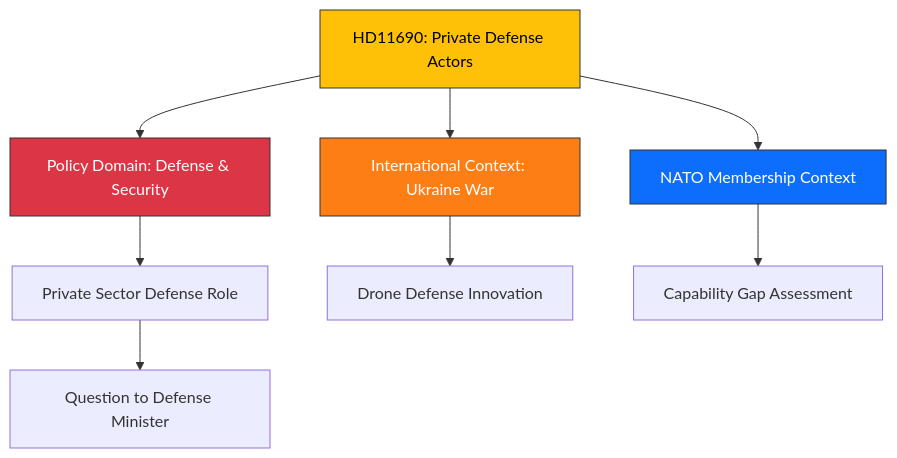
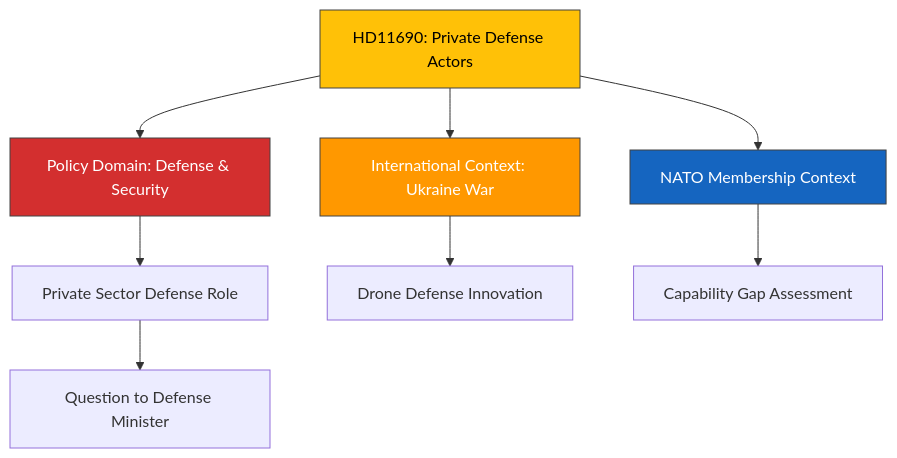
One commit to Hack23/riksdagsmonitor changed the diagram in analysis/daily/2026-04-08/realtime-1146/documents/hd11690-analysis.md. Above: the diagram before and after it, drawn with Mermaid. The commit also changed 785 other files, not shown here.

First line of the commit message:
Normalize mermaid colors across 786 analysis artifacts to ISMS Style Guide palette

````diff
--- a/analysis/daily/2026-04-08/realtime-1146/documents/hd11690-analysis.md
+++ b/analysis/daily/2026-04-08/realtime-1146/documents/hd11690-analysis.md
@@ -27,14 +27,14 @@
 ```mermaid
 graph TD
     A["HD11690: Private Defense Actors"] --> B["Policy Domain: Defense & Security"]
     A --> C["International Context: Ukraine War"]
     A --> D["NATO Membership Context"]
     B --> E["Private Sector Defense Role"]
     C --> F["Drone Defense Innovation"]
     D --> G["Capability Gap Assessment"]
     E --> H["Question to Defense Minister"]
-    style A fill:#ffc107,stroke:#333,color:#000
-    style B fill:#dc3545,stroke:#333,color:#fff
-    style C fill:#fd7e14,stroke:#333,color:#fff
-    style D fill:#0d6efd,stroke:#333,color:#fff
+    style A fill:#FFC107,stroke:#424242,color:#000000
+    style B fill:#D32F2F,stroke:#424242,color:#FFFFFF
+    style C fill:#FF9800,stroke:#424242,color:#FFFFFF
+    style D fill:#1565C0,stroke:#424242,color:#FFFFFF
 ```
````
